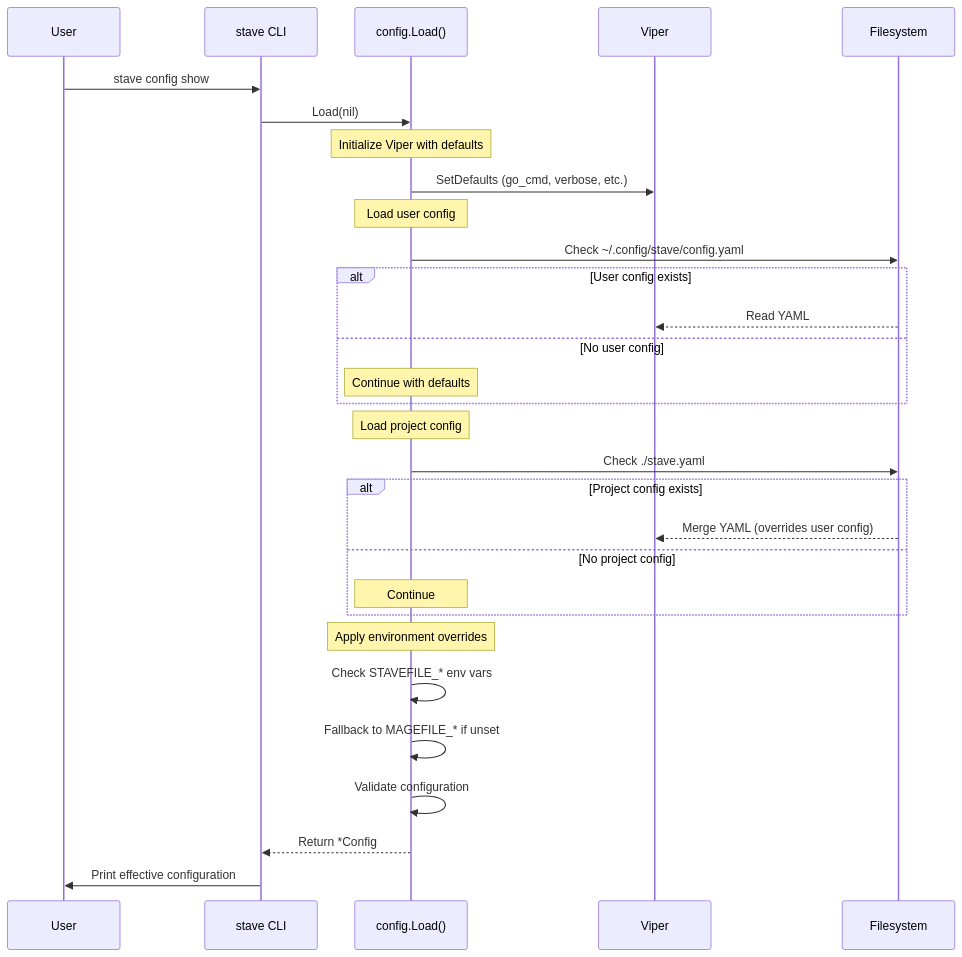
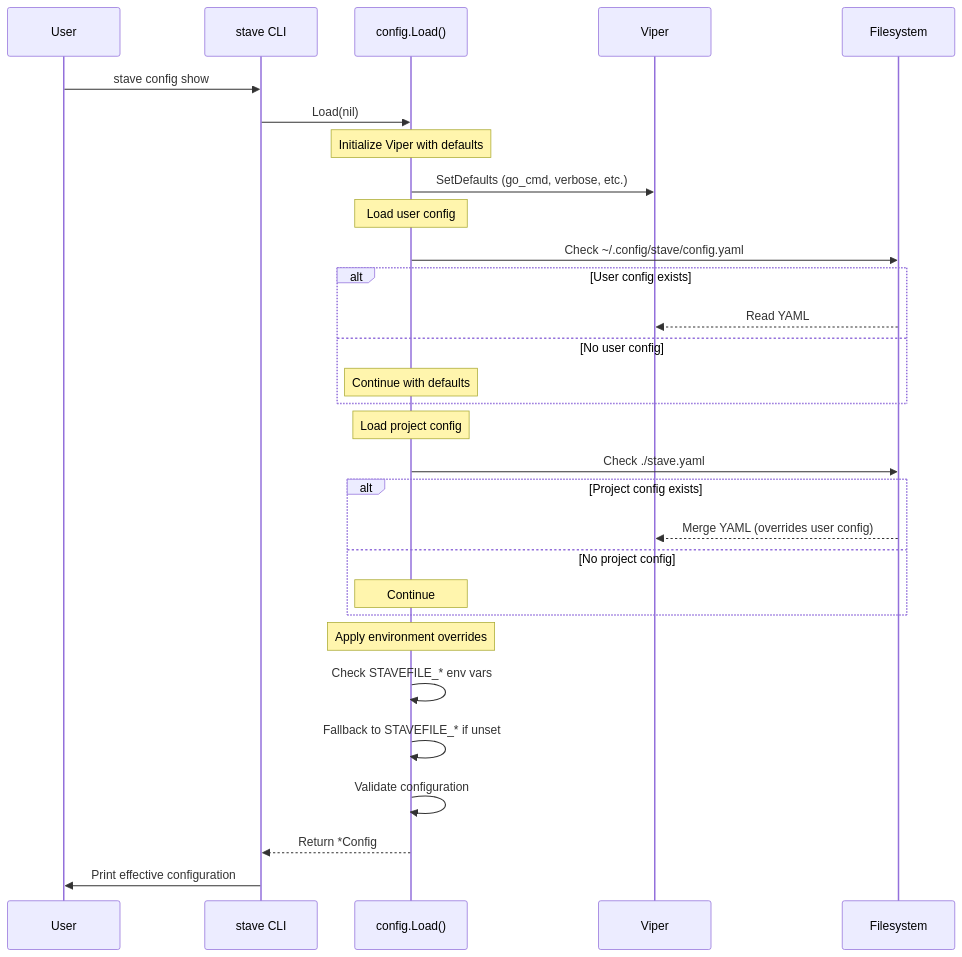
One commit to yaklabco/stave changed the second of 2 diagrams in rfcs/rfc-20251130-001.md. Above: the diagram before and after it, drawn with Mermaid. The commit also changed other lines of this file and 19 other files, not shown here.

````diff
--- a/rfcs/rfc-20251130-001.md
+++ b/rfcs/rfc-20251130-001.md
@@ -98,39 +98,39 @@
 ```mermaid
 sequenceDiagram
     participant User
     participant CLI as stave CLI
     participant CFG as config.Load()
     participant Viper
     participant FS as Filesystem
 
     User->>CLI: stave config show
     CLI->>CFG: Load(nil)
     
     Note over CFG: Initialize Viper with defaults
     CFG->>Viper: SetDefaults (go_cmd, verbose, etc.)
     
     Note over CFG: Load user config
     CFG->>FS: Check ~/.config/stave/config.yaml
     alt User config exists
         FS-->>Viper: Read YAML
     else No user config
         Note over CFG: Continue with defaults
     end
     
     Note over CFG: Load project config
     CFG->>FS: Check ./stave.yaml
     alt Project config exists
         FS-->>Viper: Merge YAML (overrides user config)
     else No project config
         Note over CFG: Continue
     end
     
     Note over CFG: Apply environment overrides
     CFG->>CFG: Check STAVEFILE_* env vars
-    CFG->>CFG: Fallback to MAGEFILE_* if unset
+    CFG->>CFG: Fallback to STAVEFILE_* if unset
     
     CFG->>CFG: Validate configuration
     CFG-->>CLI: Return *Config
     
     CLI->>User: Print effective configuration
 ```
````
